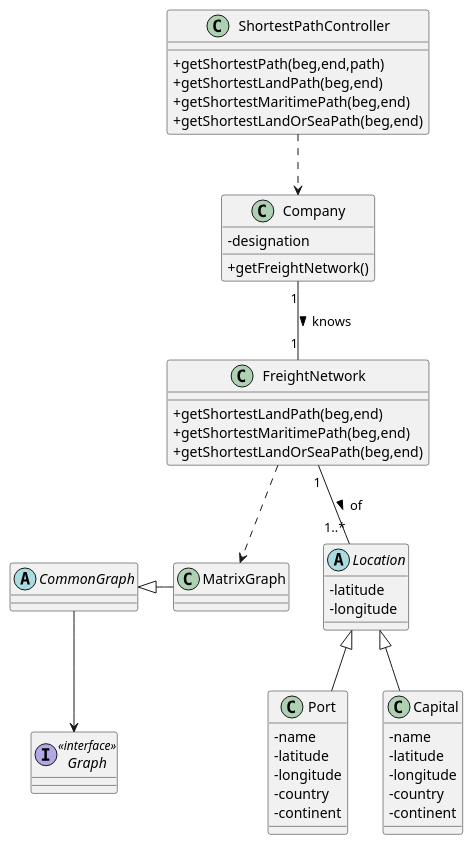
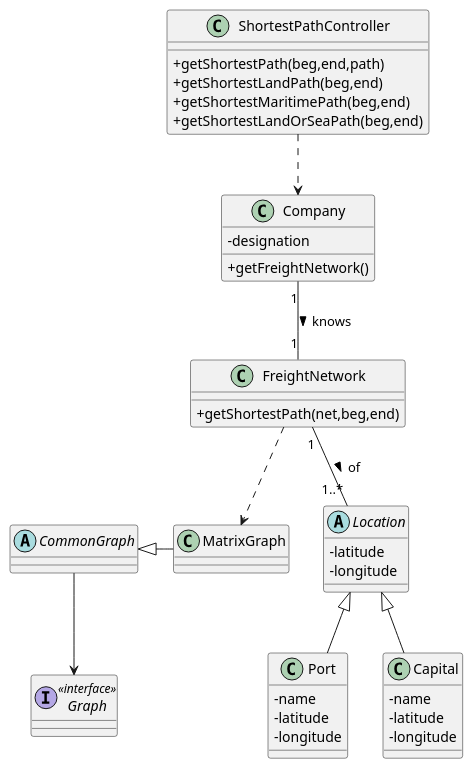
One commit to ana-albergaria/LAPR3-ISEP changed the diagram in docs/Sprint 4/US402/US402_CD.puml. Above: the diagram before and after it, drawn with PlantUML. The commit also changed 4 other files, not shown here.

Commit message:
G54-275 #time 10m #comment Updated diagrams and part of the relatory.

```diff
--- a/docs/Sprint 4/US402/US402_CD.puml
+++ b/docs/Sprint 4/US402/US402_CD.puml
@@ -1,59 +1,53 @@
 @startuml
 
 skinparam classAttributeIconSize 0
 
 class ShortestPathController {
     +getShortestPath(beg,end,path)
     +getShortestLandPath(beg,end)
     +getShortestMaritimePath(beg,end)
     +getShortestLandOrSeaPath(beg,end)
 }
 
 class Company {
     -designation
     +getFreightNetwork()
 }
 
 class FreightNetwork {
-    +getShortestLandPath(beg,end)
-    +getShortestMaritimePath(beg,end)
-    +getShortestLandOrSeaPath(beg,end)
+    +getShortestPath(net,beg,end)
 }
 
 abstract class Location{
     -latitude
     -longitude
 }
 
 class Port {
     -name
     -latitude
     -longitude
-    -country
-    -continent
 }
 
 class Capital{
     -name
     -latitude
     -longitude
-    -country
-    -continent
 }
 
 class MatrixGraph {}
 
 abstract class CommonGraph {}
 
 interface Graph <<interface>> {}
 
 ShortestPathController ..> Company
 Company "1" -- "1" FreightNetwork : knows >
 Location <|-- Port
 Location <|-- Capital
 FreightNetwork "1" -- "1..*" Location : of >
 FreightNetwork ..> MatrixGraph
 CommonGraph <|- MatrixGraph
 CommonGraph --> Graph
 
 @enduml
```
